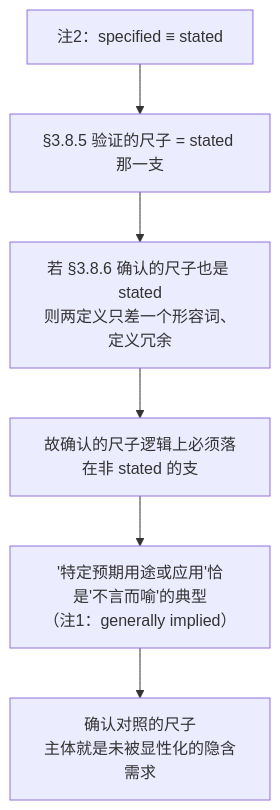
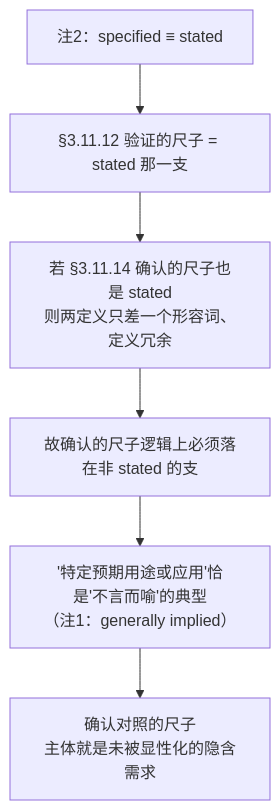
Before and after one commit to Yongjunzhou/AOS-system-design: the second of 14 diagrams in 100-subprojects/01-系统工程研究/00-系统工程相关研究报告/23-判据体系研究报告-从验证确认到治理的判据阶梯.md, drawn with Mermaid. The commit also changed other lines of this file and 38 other files, not shown here.

````diff
--- a/100-subprojects/01-系统工程研究/00-系统工程相关研究报告/23-判据体系研究报告-从验证确认到治理的判据阶梯.md
+++ b/100-subprojects/01-系统工程研究/00-系统工程相关研究报告/23-判据体系研究报告-从验证确认到治理的判据阶梯.md
@@ -188,8 +204,8 @@
 ```mermaid
 flowchart TD
-    P1["注2：specified ≡ stated"] --> P2["§3.8.5 验证的尺子 = stated 那一支"]
-    P2 --> P3["若 §3.8.6 确认的尺子也是 stated<br/>则两定义只差一个形容词、定义冗余"]
+    P1["注2：specified ≡ stated"] --> P2["§3.11.12 验证的尺子 = stated 那一支"]
+    P2 --> P3["若 §3.11.14 确认的尺子也是 stated<br/>则两定义只差一个形容词、定义冗余"]
     P3 --> P4["故确认的尺子逻辑上必须落在非 stated 的支"]
     P4 --> P5["'特定预期用途或应用'恰是'不言而喻'的典型<br/>（注1：generally implied）"]
     P5 --> C["确认对照的尺子<br/>主体就是未被显性化的隐含需求"]
 ```
````
